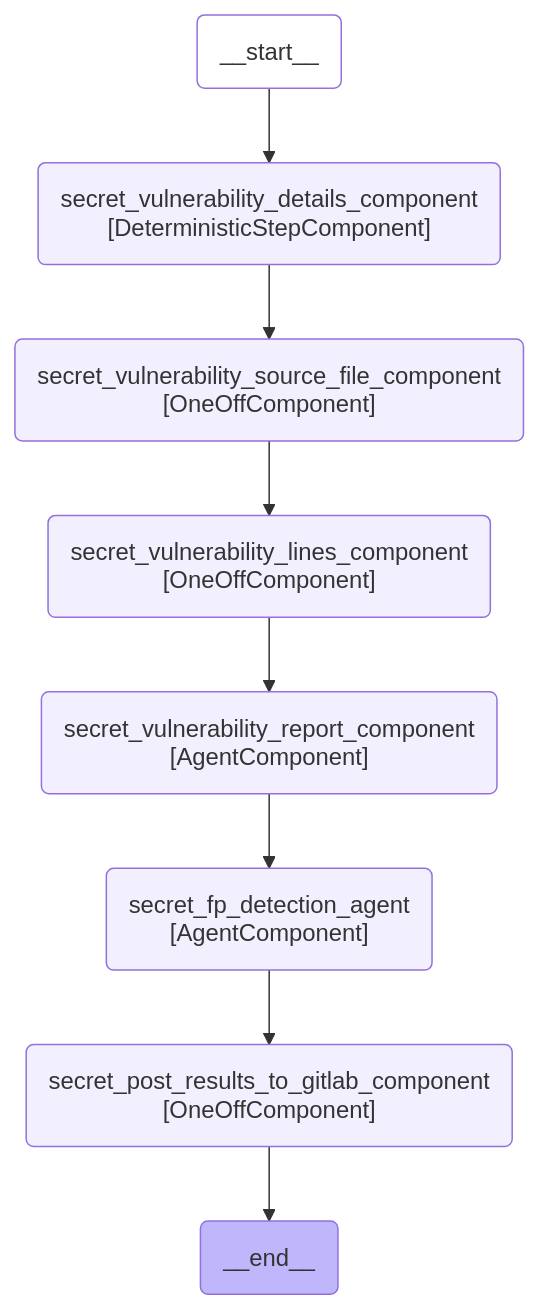
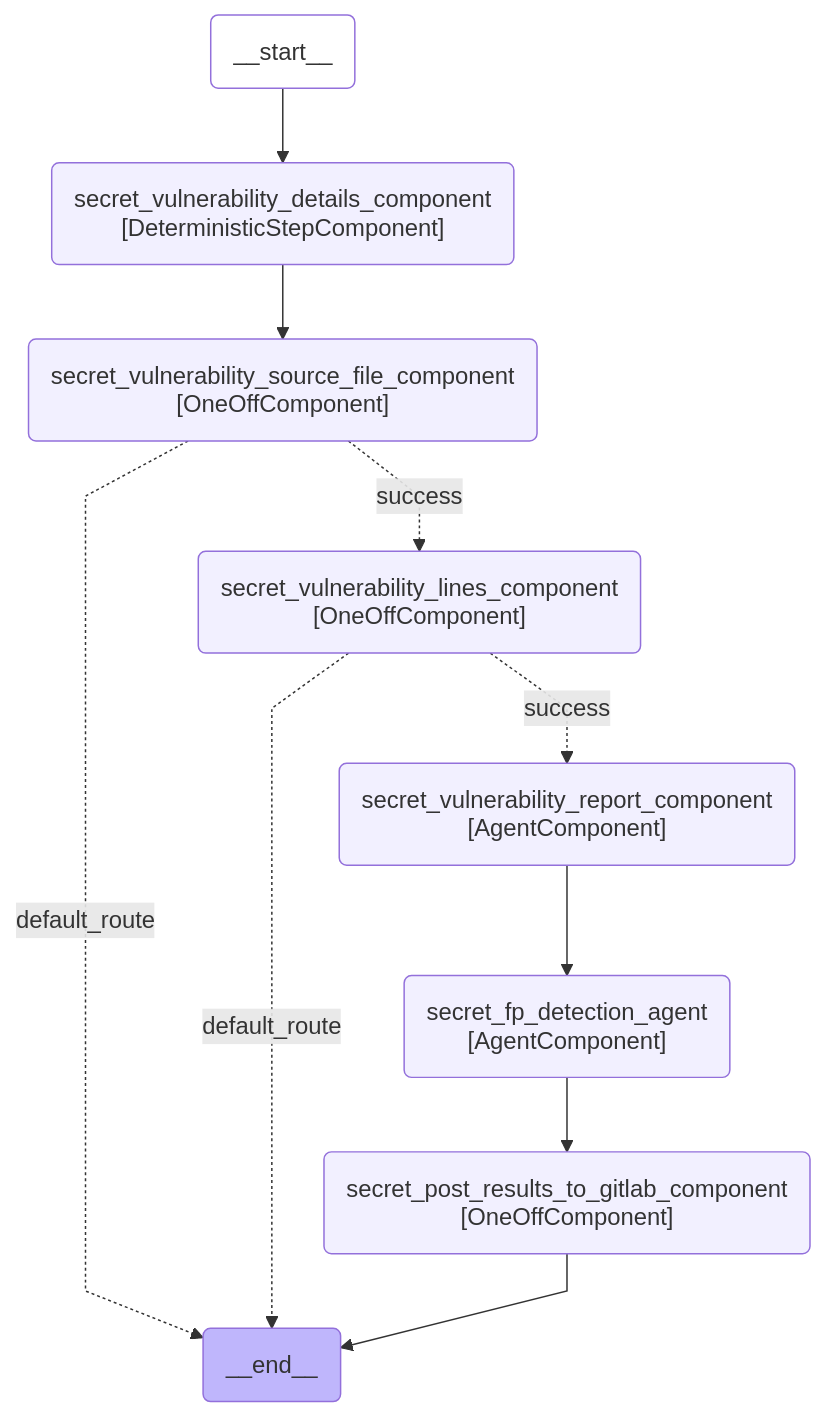
One commit to movax01h/ai-gateway changed diagram 23 of 23 in docs/duo_workflow_service_graphs.md. Above: the diagram before and after it, drawn with Mermaid. The commit also changed other lines of this file and 3 other files, not shown here.

Commit message:
fix(security-flows): gate OneOff failures to prevent KeyError downstream

````diff
--- a/docs/duo_workflow_service_graphs.md
+++ b/docs/duo_workflow_service_graphs.md
@@ -675,26 +679,28 @@
 ```mermaid
 ---
 config:
     flowchart:
         curve: linear
 ---
 graph TD;
     __start__(__start__):::first;
     __end__(__end__):::last;
     __start__ --> secret_vulnerability_details_component;
     secret_vulnerability_details_component(secret_vulnerability_details_component<br>#91;DeterministicStepComponent#93;);
     secret_vulnerability_source_file_component(secret_vulnerability_source_file_component<br>#91;OneOffComponent#93;);
     secret_vulnerability_lines_component(secret_vulnerability_lines_component<br>#91;OneOffComponent#93;);
     secret_vulnerability_report_component(secret_vulnerability_report_component<br>#91;AgentComponent#93;);
     secret_fp_detection_agent(secret_fp_detection_agent<br>#91;AgentComponent#93;);
     secret_post_results_to_gitlab_component(secret_post_results_to_gitlab_component<br>#91;OneOffComponent#93;);
     secret_vulnerability_details_component --> secret_vulnerability_source_file_component;
-    secret_vulnerability_source_file_component --> secret_vulnerability_lines_component;
-    secret_vulnerability_lines_component --> secret_vulnerability_report_component;
+    secret_vulnerability_source_file_component -.->|success| secret_vulnerability_lines_component;
+    secret_vulnerability_source_file_component -.->|default_route| __end__;
+    secret_vulnerability_lines_component -.->|success| secret_vulnerability_report_component;
+    secret_vulnerability_lines_component -.->|default_route| __end__;
     secret_vulnerability_report_component --> secret_fp_detection_agent;
     secret_fp_detection_agent --> secret_post_results_to_gitlab_component;
     secret_post_results_to_gitlab_component --> __end__;
     classDef default fill:#f2f0ff,line-height:1.2;
     classDef first fill-opacity:0;
     classDef last fill:#bfb6fc;
 ```
````
